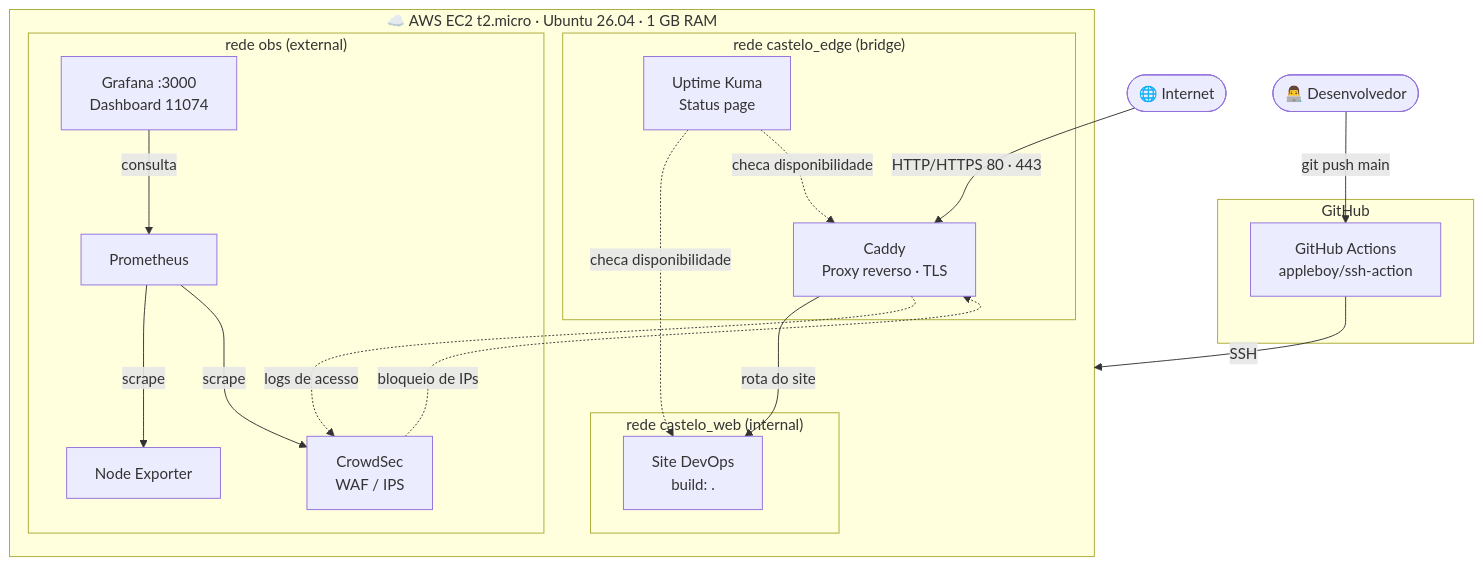
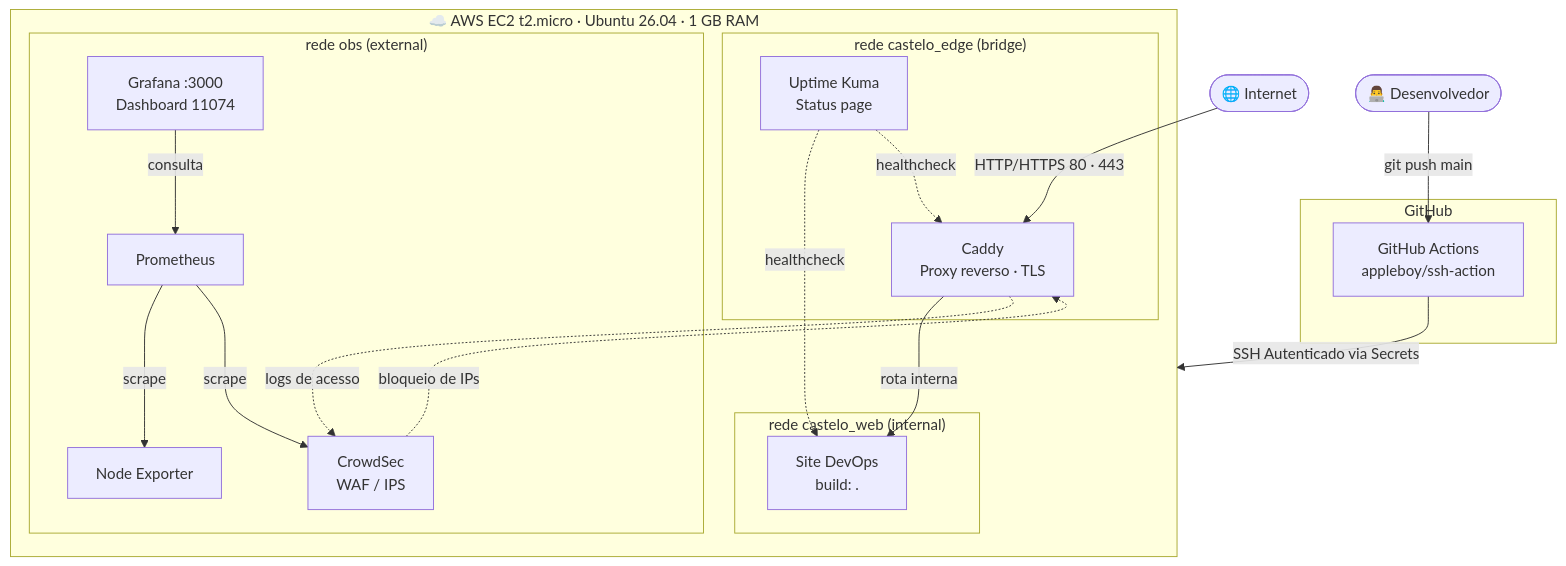
One commit to Buzzidd/projeto-devops changed the first of 2 diagrams in README.md. Above: the diagram before and after it, drawn with Mermaid. The commit also changed other lines of this file and 1 other file, not shown here.

````diff
--- a/README.md
+++ b/README.md
@@ -78,39 +74,39 @@
 ```mermaid
 flowchart TB
     user([🌐 Internet]) -->|HTTP/HTTPS 80 · 443| caddy
     dev([👨‍💻 Desenvolvedor]) -->|git push main| gha
 
     subgraph github["GitHub"]
         gha["GitHub Actions<br/>appleboy/ssh-action"]
     end
 
-    gha -->|SSH| host
+    gha -->|SSH Autenticado via Secrets| host
 
     subgraph host["☁️ AWS EC2 t2.micro · Ubuntu 26.04 · 1 GB RAM"]
 
         subgraph edge["rede castelo_edge (bridge)"]
             caddy["Caddy<br/>Proxy reverso · TLS"]
             kuma["Uptime Kuma<br/>Status page"]
         end
 
         subgraph web["rede castelo_web (internal)"]
             site["Site DevOps<br/>build: ."]
         end
 
         subgraph obs["rede obs (external)"]
             crowdsec["CrowdSec<br/>WAF / IPS"]
             prometheus["Prometheus"]
             node["Node Exporter"]
             grafana["Grafana :3000<br/>Dashboard 11074"]
         end
     end
 
-    caddy -->|rota do site| site
+    caddy -->|rota interna| site
     caddy -. logs de acesso .-> crowdsec
     crowdsec -. bloqueio de IPs .-> caddy
-    kuma -. checa disponibilidade .-> site
-    kuma -. checa disponibilidade .-> caddy
+    kuma -. healthcheck .-> site
+    kuma -. healthcheck .-> caddy
     prometheus -->|scrape| node
     prometheus -->|scrape| crowdsec
     grafana -->|consulta| prometheus
 ```
````
